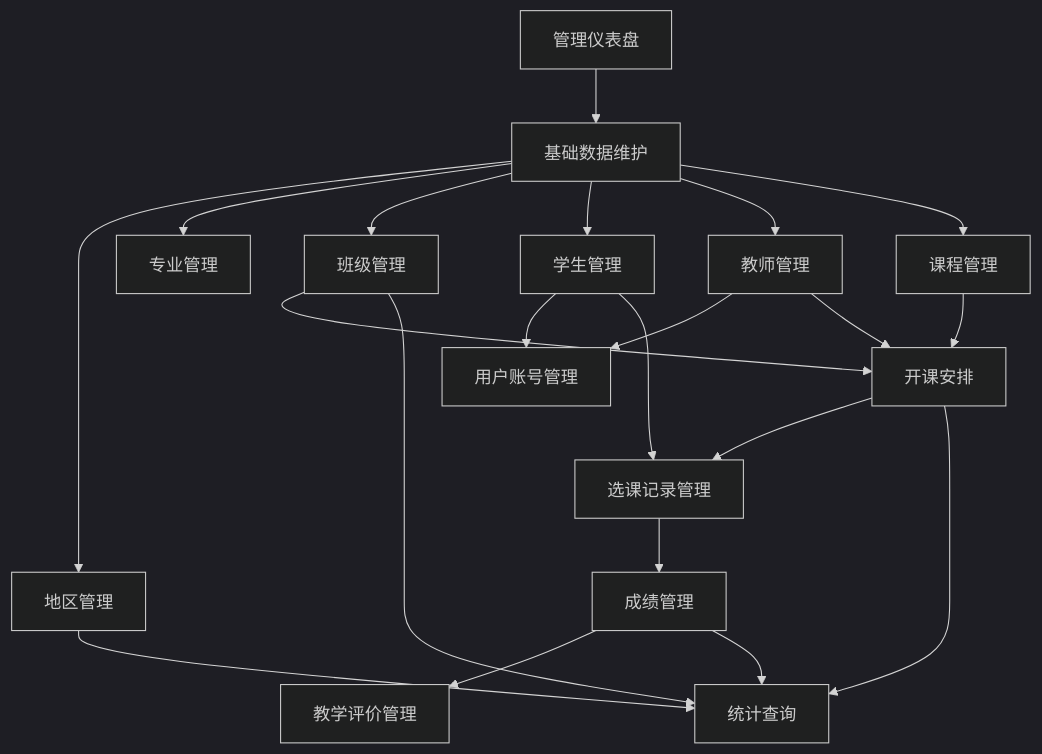
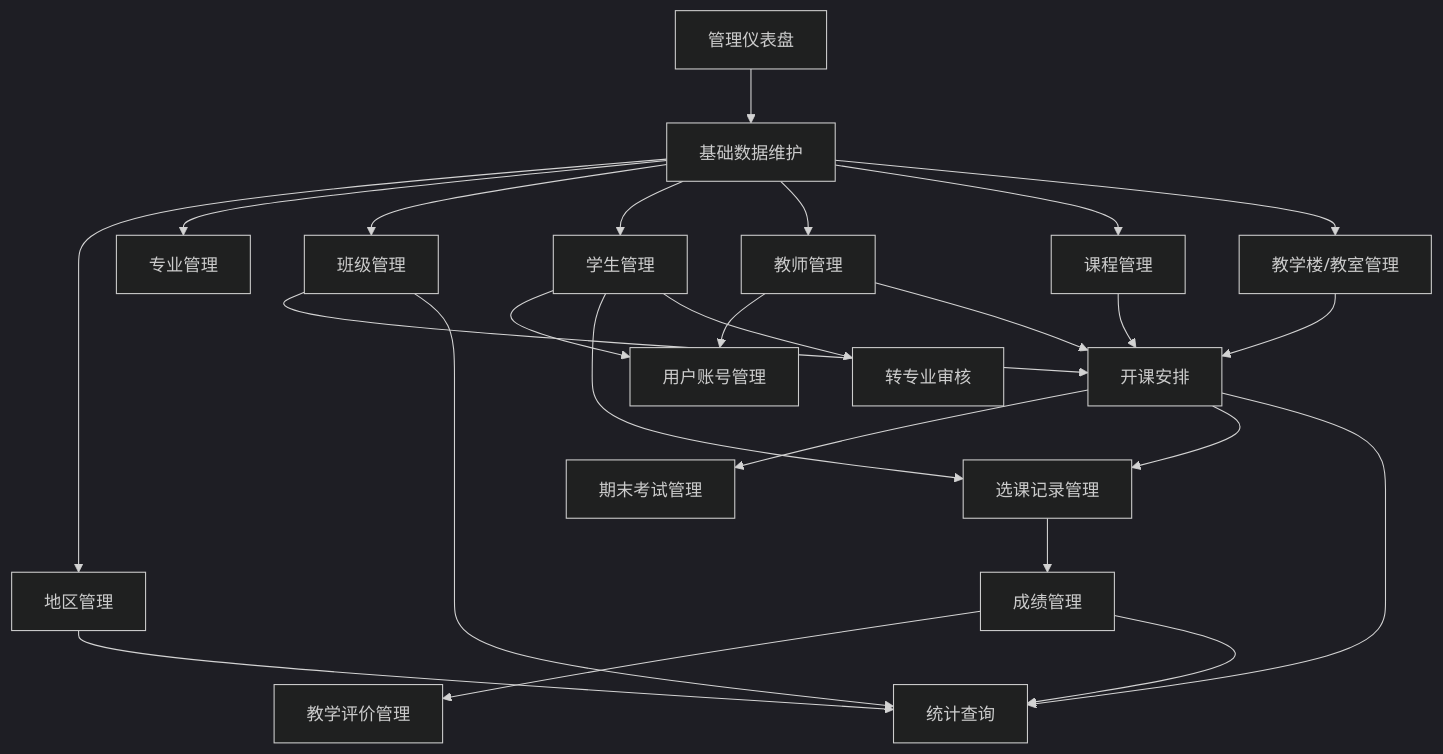
One commit to ggbond-2025/database-design changed the second of 4 diagrams in 角色功能说明.md. Above: the diagram before and after it, drawn with Mermaid (dark theme). The commit also changed other lines of this file and 64 other files, not shown here.

````diff
--- a/角色功能说明.md
+++ b/角色功能说明.md
@@ -61,24 +65,28 @@
 ```mermaid
 flowchart TD
     A["管理仪表盘"] --> B["基础数据维护"]
     B --> B1["地区管理"]
     B --> B2["专业管理"]
     B --> B3["班级管理"]
     B --> B4["学生管理"]
     B --> B5["教师管理"]
     B --> B6["课程管理"]
+    B --> B7["教学楼/教室管理"]
 
     B4 --> C["用户账号管理"]
     B5 --> C
     B3 --> D["开课安排"]
     B5 --> D
     B6 --> D
+    B7 --> D
+    D --> K["期末考试管理"]
     D --> E["选课记录管理"]
     B4 --> E
+    B4 --> L["转专业审核"]
     E --> F["成绩管理"]
     F --> H["教学评价管理"]
     F --> G["统计查询"]
     B1 --> G
     B3 --> G
     D --> G
 ```
````
